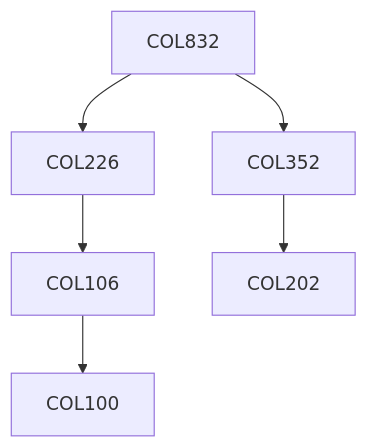
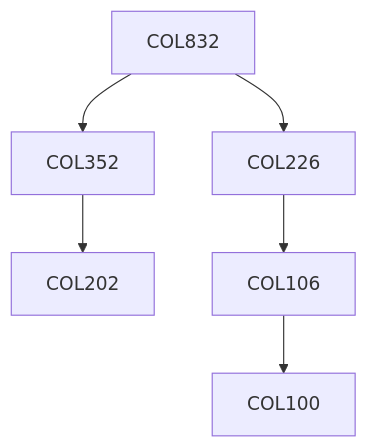
The diagram in content/Computer Science and Engineering/COL832.md (KeshavBansal0122/CoS_Website), drawn with Mermaid before and after one commit. The commit also changed other lines of this file and 2667 other files, not shown here.

````diff
--- a/content/Computer Science and Engineering/COL832.md
+++ b/content/Computer Science and Engineering/COL832.md
@@ -15,8 +13,12 @@
 ```mermaid
-graph TD
-COL832 --> COL226
-COL226 --> COL106
-COL106 --> COL100
-COL832 --> COL352
-COL352 --> COL202
+flowchart TD
+COL832-239[COL832]
+COL352-239 --> COL202-239[COL202]
+COL832-239 --> COL226-239[COL226]
+COL106-239 --> COL100-239[COL100]
+COL226-239 --> COL106-239[COL106]
+COL832-239 --> COL352-239[COL352]
+
+classDef empty height:17px, fill:transparent, stroke:transparent;
+classDef trueEmpty height:0px, width:0px;
 ```
````
